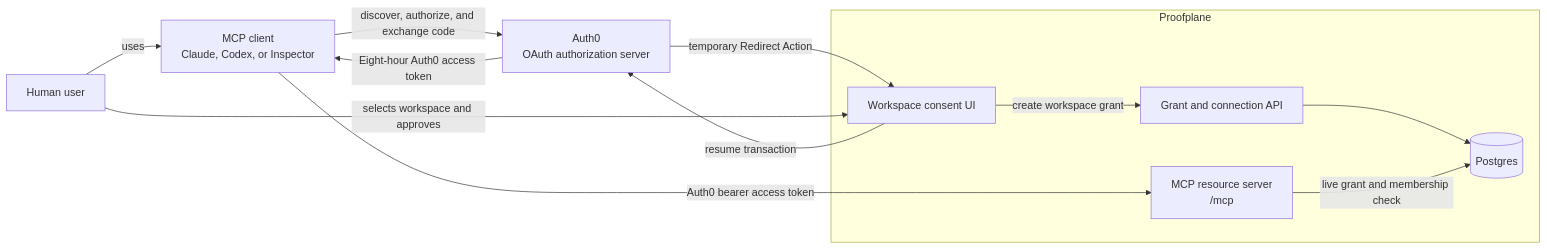
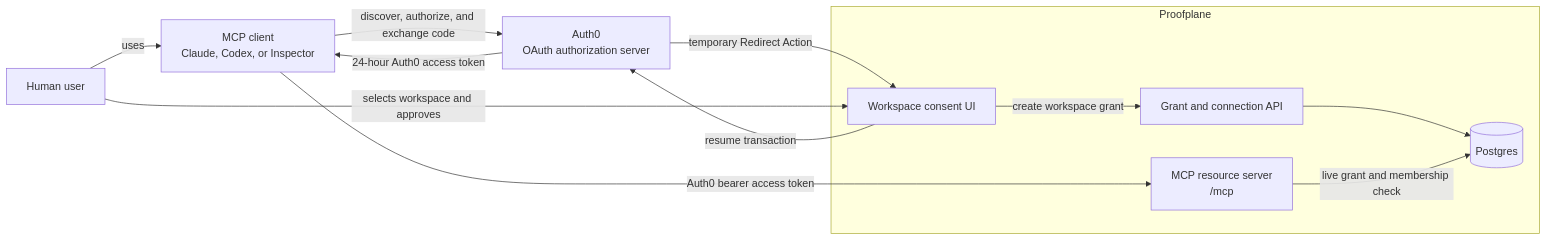
The first of 4 diagrams in docs/epics/agent-connector-onboarding/spec.md (proofplane/proofplane), drawn with Mermaid before and after one commit. The commit also changed other lines of this file and 26 other files, not shown here.

````diff
--- a/docs/epics/agent-connector-onboarding/spec.md
+++ b/docs/epics/agent-connector-onboarding/spec.md
@@ -110,24 +117,24 @@
 ```mermaid
 flowchart LR
     U[Human user]
     C[MCP client<br/>Claude, Codex, or Inspector]
     I[Auth0<br/>OAuth authorization server]
 
     subgraph P[Proofplane]
         M[MCP resource server<br/>/mcp]
         W[Workspace consent UI]
         A[Grant and connection API]
         D[(Postgres)]
     end
 
     U -->|uses| C
     C -->|discover, authorize, and exchange code| I
     I -->|temporary Redirect Action| W
     U -->|selects workspace and approves| W
     W -->|create workspace grant| A
     A --> D
     W -->|resume transaction| I
-    I -->|Eight-hour Auth0 access token| C
+    I -->|24-hour Auth0 access token| C
     C -->|Auth0 bearer access token| M
     M -->|live grant and membership check| D
 ```
````
